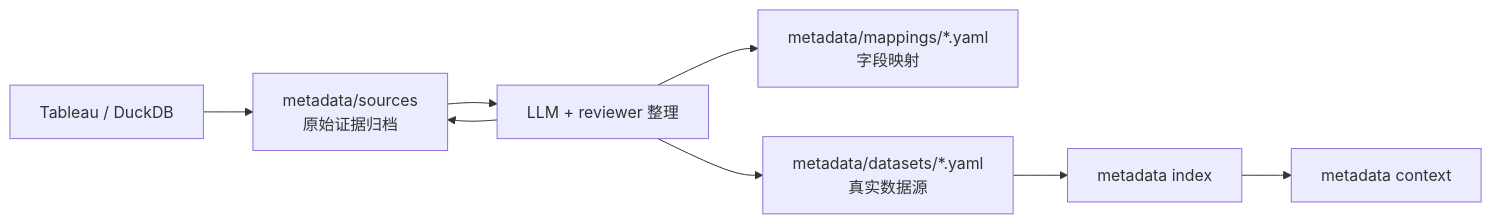
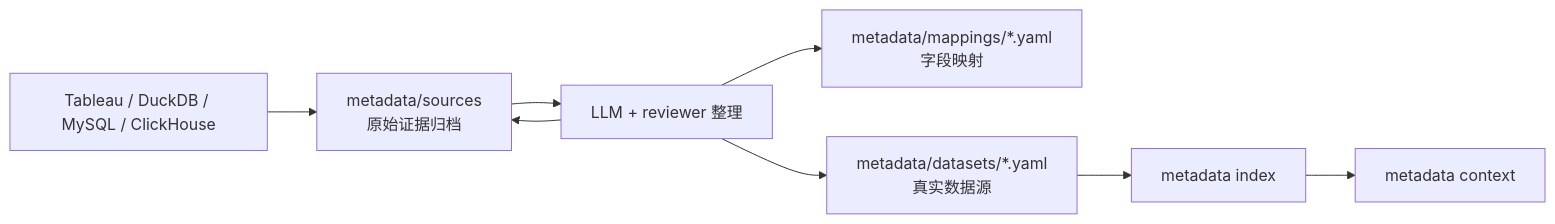
Before and after one commit to dabaige53/RealAnalyst: the diagram in metadata/sync/README.md, drawn with Mermaid. The commit also changed other lines of this file and 38 other files, not shown here.

````diff
--- a/metadata/sync/README.md
+++ b/metadata/sync/README.md
@@ -12,10 +12,10 @@
 ```mermaid
 flowchart LR
-    T[Tableau / DuckDB] --> S[metadata/sync<br/>原始结构快照]
+    T[Tableau / DuckDB / MySQL / ClickHouse] --> S[metadata/sync<br/>原始结构快照]
     S --> Review[LLM + reviewer 整理]
     Review --> S[metadata/sources<br/>原始证据归档]
     Review --> M[metadata/mappings/*.yaml<br/>字段映射]
     Review --> D[metadata/datasets/*.yaml<br/>真实数据源]
     D --> IDX[metadata index]
     IDX --> CTX[metadata context]
 ```
````
